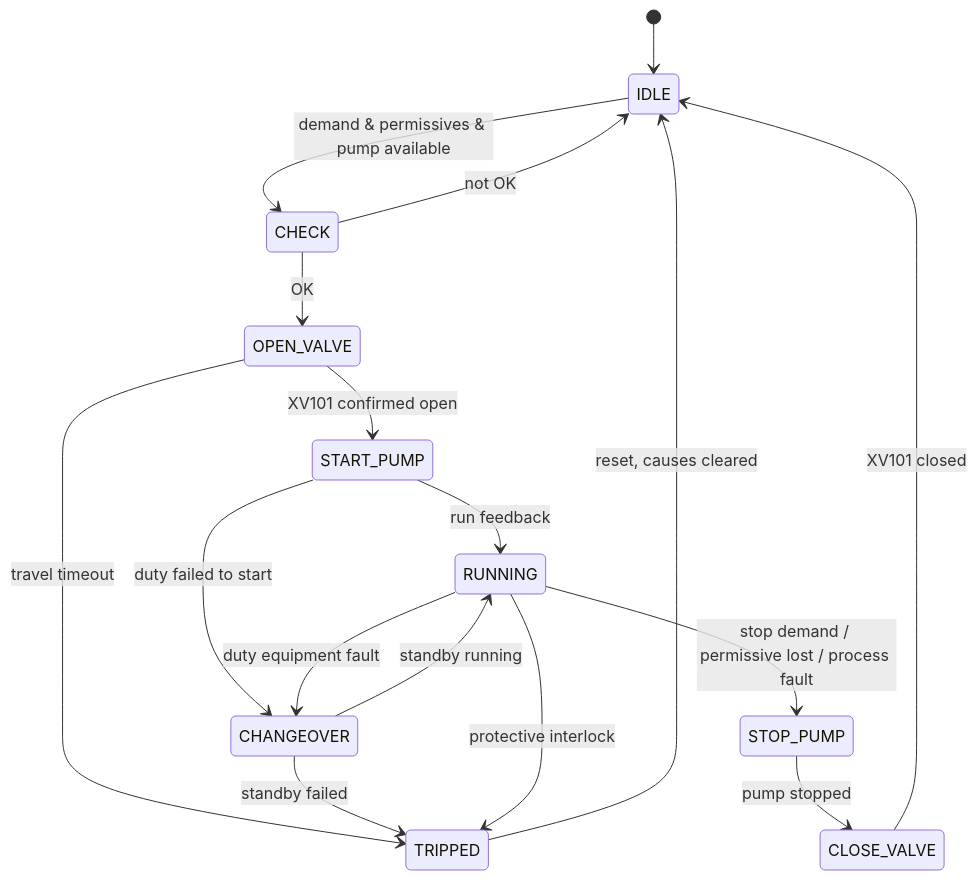
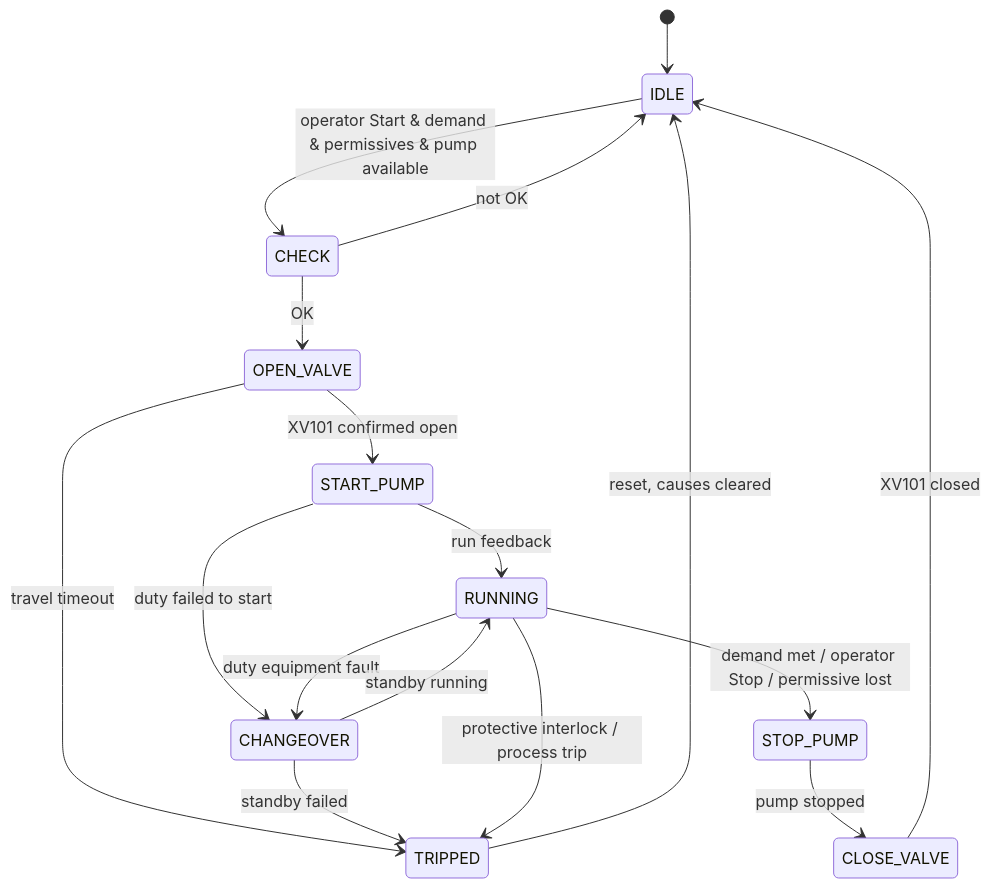
The second of 2 diagrams in docs/architecture.md (BerhaneKdane/water-pumping-station), drawn with Mermaid before and after one commit. The commit also changed other lines of this file and 1 other file, not shown here.

Commit message:
Align showcase with reviewed control philosophy
Claude-Session: https://claude.ai/code/session_01VnuhfYHUMJrDTd2Ee3KNGo

````diff
--- a/docs/architecture.md
+++ b/docs/architecture.md
@@ -37,19 +37,19 @@
 ```mermaid
 stateDiagram-v2
     [*] --> IDLE
-    IDLE --> CHECK: demand & permissives & pump available
+    IDLE --> CHECK: operator Start & demand & permissives & pump available
     CHECK --> OPEN_VALVE: OK
     CHECK --> IDLE: not OK
     OPEN_VALVE --> START_PUMP: XV101 confirmed open
     START_PUMP --> RUNNING: run feedback
     START_PUMP --> CHANGEOVER: duty failed to start
     RUNNING --> CHANGEOVER: duty equipment fault
     CHANGEOVER --> RUNNING: standby running
-    RUNNING --> STOP_PUMP: stop demand / permissive lost / process fault
+    RUNNING --> STOP_PUMP: demand met / operator Stop / permissive lost
     STOP_PUMP --> CLOSE_VALVE: pump stopped
     CLOSE_VALVE --> IDLE: XV101 closed
     OPEN_VALVE --> TRIPPED: travel timeout
     CHANGEOVER --> TRIPPED: standby failed
-    RUNNING --> TRIPPED: protective interlock
+    RUNNING --> TRIPPED: protective interlock / process trip
     TRIPPED --> IDLE: reset, causes cleared
 ```
````
